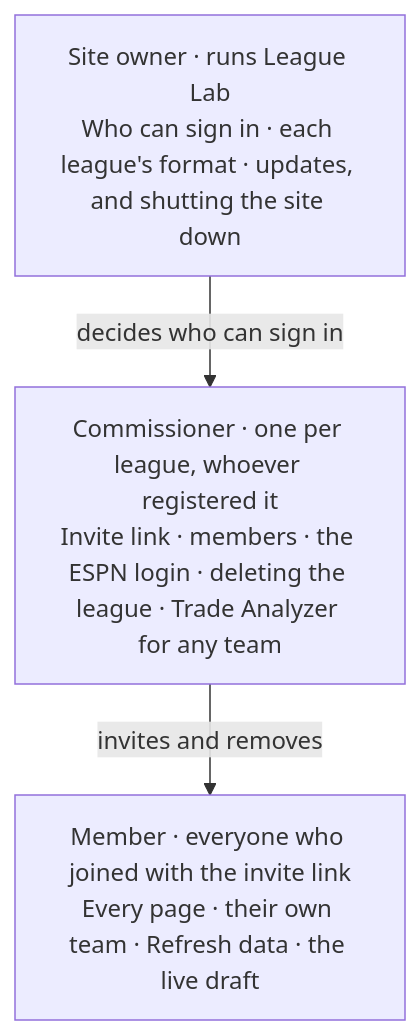
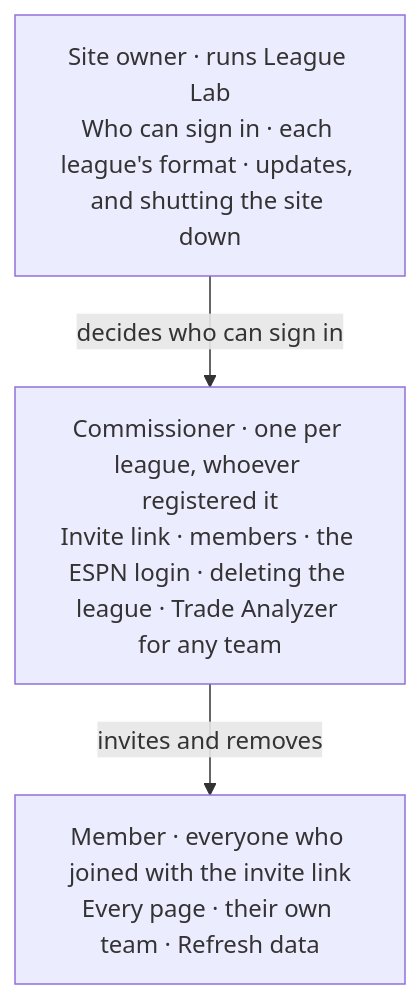
One commit to emosaku/fantasy-dashboard changed the diagram in docs/multiLeagueDocs/commissioner.md. Above: the diagram before and after it, drawn with Mermaid. The commit also changed other lines of this file and 13 other files, not shown here.

````diff
--- a/docs/multiLeagueDocs/commissioner.md
+++ b/docs/multiLeagueDocs/commissioner.md
@@ -19,8 +19,8 @@
 ```mermaid
 flowchart TB
     O["Site owner · runs League Lab<br/>Who can sign in · each league's format · updates, and shutting the site down"]
     C["Commissioner · one per league, whoever registered it<br/>Invite link · members · the ESPN login · deleting the league · Trade Analyzer for any team"]
-    M["Member · everyone who joined with the invite link<br/>Every page · their own team · Refresh data · the live draft"]
+    M["Member · everyone who joined with the invite link<br/>Every page · their own team · Refresh data"]
     O -- "decides who can sign in" --> C
     C -- "invites and removes" --> M
 ```
````
